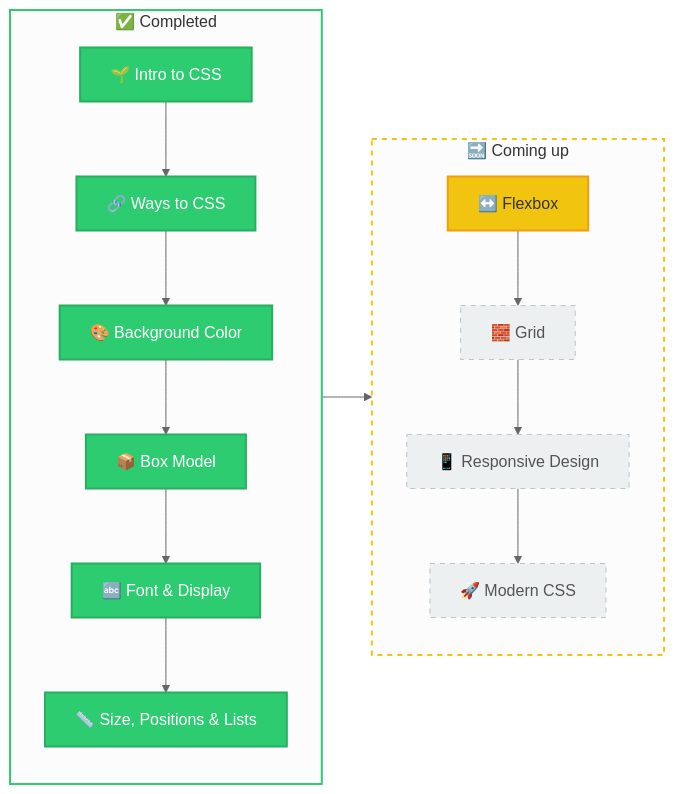
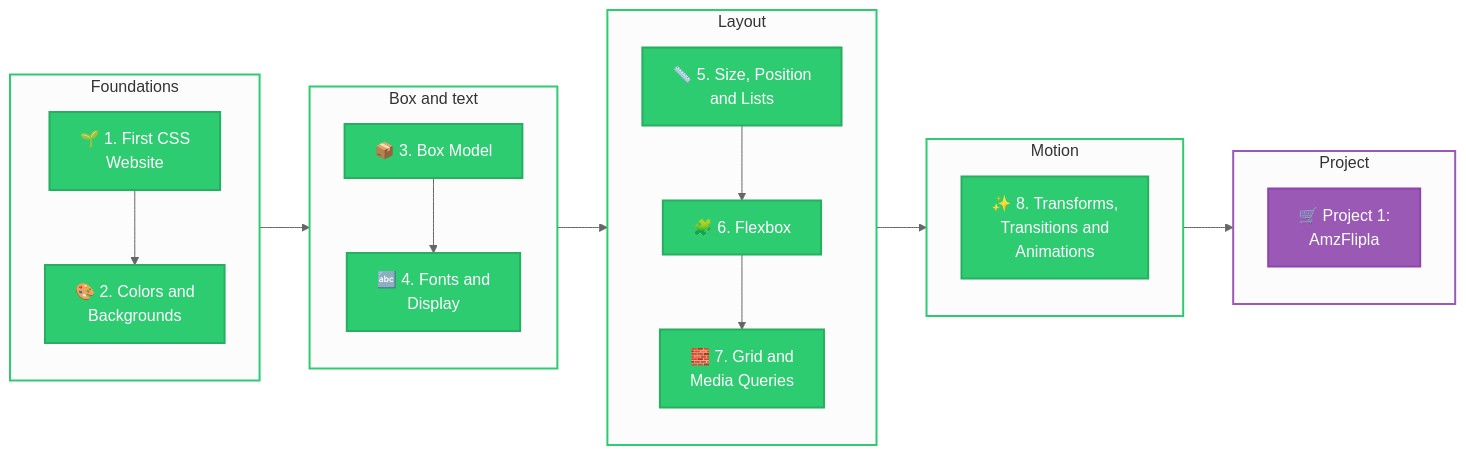
Before and after one commit to vinayakmishra4/Learning-CSS: the diagram in Readme.md, drawn with Mermaid (neutral theme). The commit also changed other lines of this file, not shown here.

````diff
--- a/Readme.md
+++ b/Readme.md
@@ -31,21 +32,34 @@
 ```mermaid
 flowchart LR
-    subgraph DONE["✅ Completed"]
+    subgraph F["Foundations"]
         direction TB
-        A["🌱 Intro to CSS"] --> B["🔗 Ways to CSS"] --> C["🎨 Background Color"] --> D["📦 Box Model"] --> E["🔤 Font & Display"] --> F["📏 Size, Positions & Lists"]
+        A["🌱 1. First CSS<br/>Website"] --> B["🎨 2. Colors and<br/>Backgrounds"]
     end
-    subgraph NEXT["🔜 Coming up"]
+    subgraph T["Box and text"]
         direction TB
-        G["↔️ Flexbox"] --> H["🧱 Grid"] --> I["📱 Responsive Design"] --> J["🚀 Modern CSS"]
+        C["📦 3. Box Model"] --> D["🔤 4. Fonts and<br/>Display"]
     end
-    DONE --> NEXT
+    subgraph L["Layout"]
+        direction TB
+        E["📏 5. Size, Position<br/>and Lists"] --> G["🧩 6. Flexbox"] --> H["🧱 7. Grid and<br/>Media Queries"]
+    end
+    subgraph M["Motion"]
+        direction TB
+        I["✨ 8. Transforms,<br/>Transitions and<br/>Animations"]
+    end
+    subgraph N["Project"]
+        direction TB
+        P["🛒 Project 1:<br/>AmzFlipla"]
+    end
+    F --> T --> L --> M --> N
 
     classDef done fill:#2ecc71,stroke:#27ae60,color:#ffffff,stroke-width:2px
-    classDef next fill:#f1c40f,stroke:#f39c12,color:#333333,stroke-width:2px
-    classDef todo fill:#ecf0f1,stroke:#bdc3c7,color:#555555,stroke-dasharray:5 5
-    class A,B,C,D,E,F done
-    class G next
-    class H,I,J todo
-    style DONE stroke:#2ecc71,stroke-width:2px
-    style NEXT stroke:#f1c40f,stroke-width:2px,stroke-dasharray:5 5
+    classDef project fill:#9b59b6,stroke:#8e44ad,color:#ffffff,stroke-width:2px
+    class A,B,C,D,E,G,H,I done
+    class P project
+    style F stroke:#2ecc71,stroke-width:2px
+    style T stroke:#2ecc71,stroke-width:2px
+    style L stroke:#2ecc71,stroke-width:2px
+    style M stroke:#2ecc71,stroke-width:2px
+    style N stroke:#9b59b6,stroke-width:2px
 ```
````
